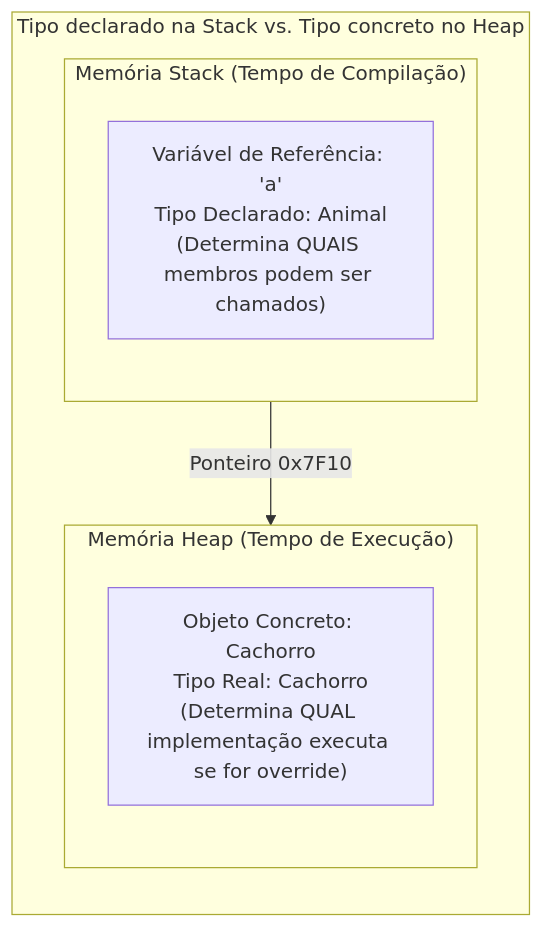
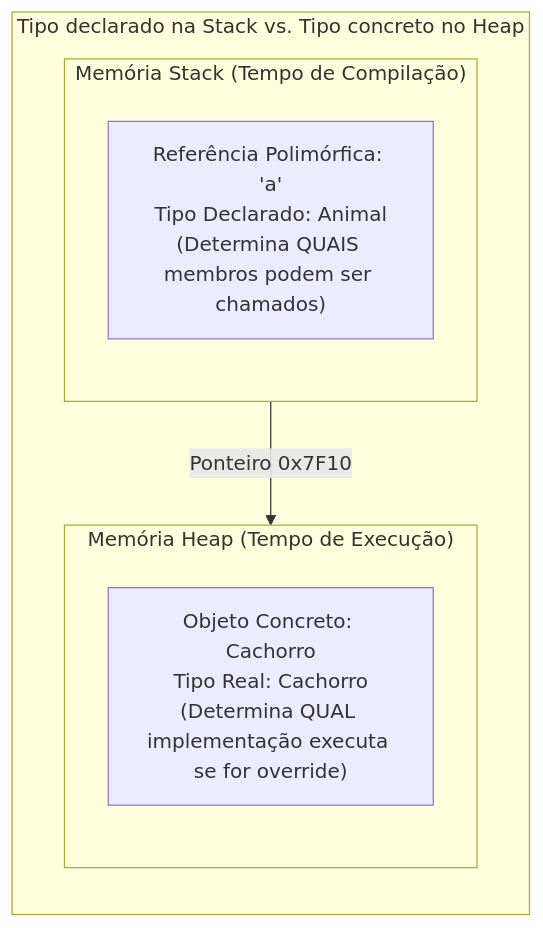
One commit to leorruas/puc changed the fifth of 6 diagrams in 01. Programacao Modular/17. Sobreposição de métodos (virtual e override).md. Above: the diagram before and after it, drawn with Mermaid. The commit also changed other lines of this file and 1 other file, not shown here.

````diff
--- a/01. Programacao Modular/17. Sobreposição de métodos (virtual e override).md
+++ b/01. Programacao Modular/17. Sobreposição de métodos (virtual e override).md
@@ -197,18 +198,18 @@
 ```mermaid
 flowchart TD
     subgraph MemoriaPolimorfica ["Tipo declarado na Stack vs. Tipo concreto no Heap"]
         direction TB
 
         subgraph Stack ["Memória Stack (Tempo de Compilação)"]
             direction TB
-            Ref["Variável de Referência: 'a'<br>Tipo Declarado: Animal<br>(Determina QUAIS membros podem ser chamados)"]
+            Ref["Referência Polimórfica: 'a'<br>Tipo Declarado: Animal<br>(Determina QUAIS membros podem ser chamados)"]
         end
 
         subgraph Heap ["Memória Heap (Tempo de Execução)"]
             direction TB
             Obj["Objeto Concreto: Cachorro<br>Tipo Real: Cachorro<br>(Determina QUAL implementação executa se for override)"]
         end
 
         Ref -->|Ponteiro 0x7F10| Obj
     end
 ```
````
